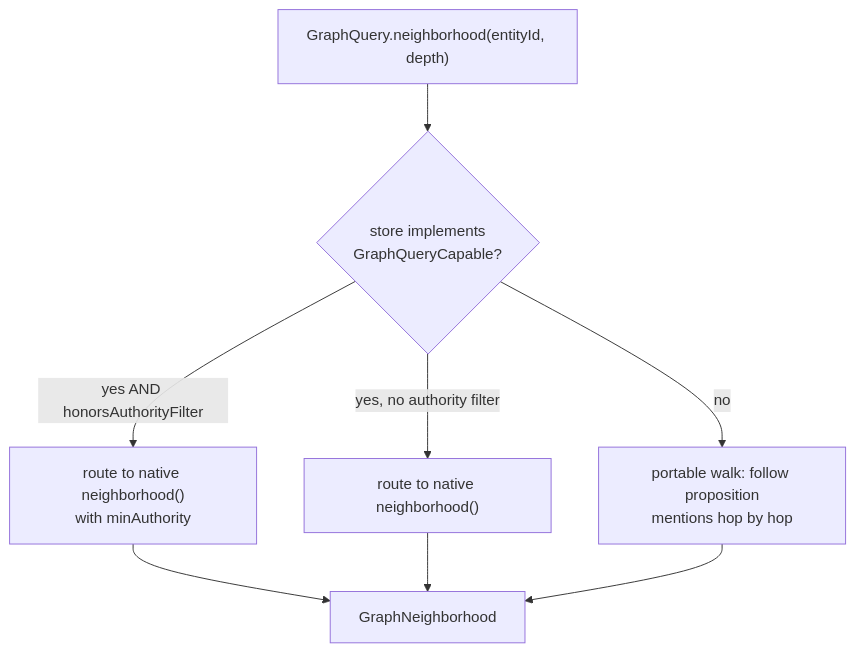
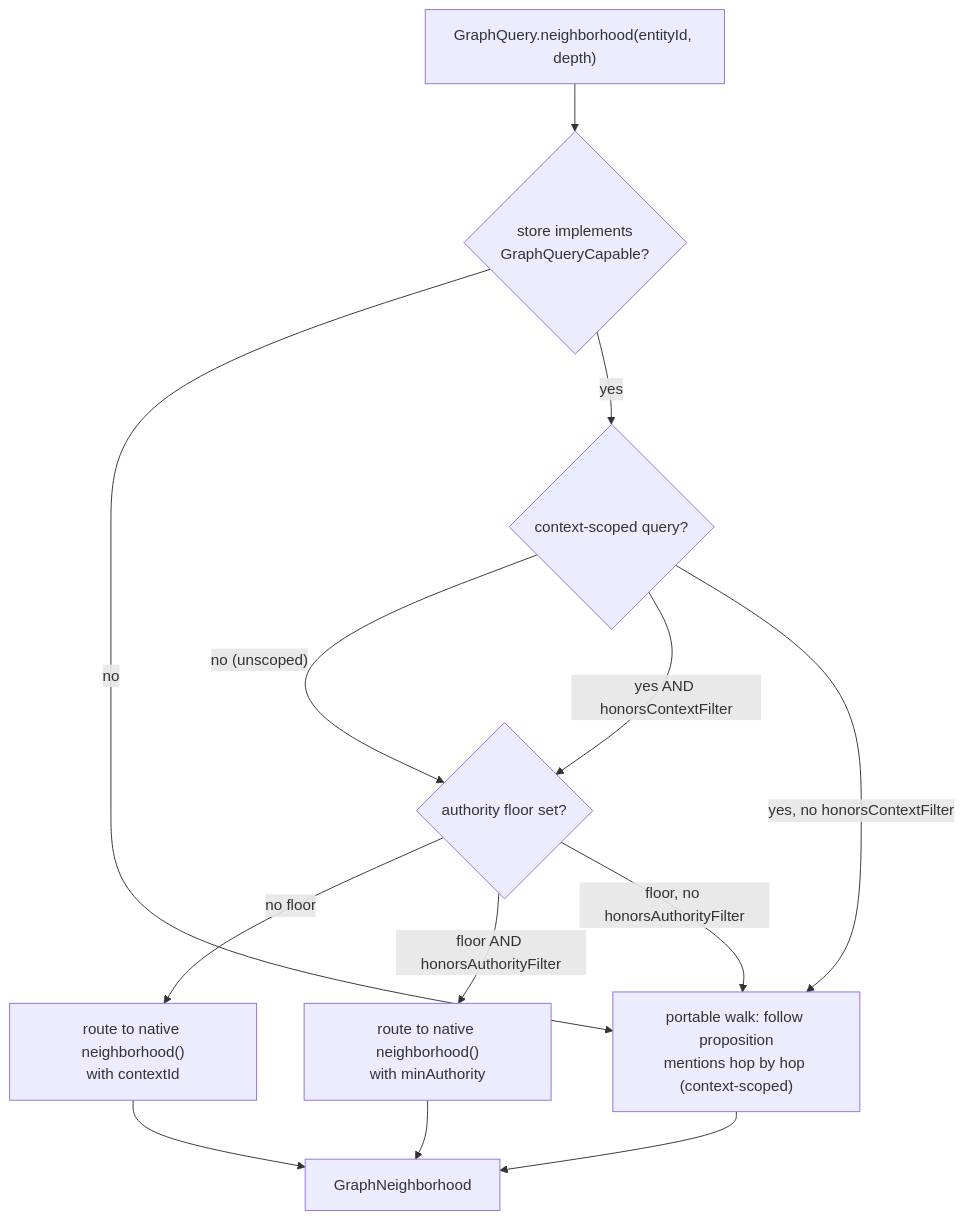
The second of 7 diagrams in docs/design/retrieval-and-discovery.md (embabel/dice), drawn with Mermaid before and after one commit. The commit also changed other lines of this file and 19 other files, not shown here.

````diff
--- a/docs/design/retrieval-and-discovery.md
+++ b/docs/design/retrieval-and-discovery.md
@@ -77,10 +83,15 @@
 ```mermaid
 flowchart TD
     GQ["GraphQuery.neighborhood(entityId, depth)"] --> CAP{"store implements<br/>GraphQueryCapable?"}
-    CAP -->|"yes AND honorsAuthorityFilter"| NATIVE["route to native neighborhood()<br/>with minAuthority"]
-    CAP -->|"yes, no authority filter"| NATIVEPLAIN["route to native neighborhood()"]
-    CAP -->|"no"| PORTABLE["portable walk: follow proposition<br/>mentions hop by hop"]
+    CAP -->|"no"| PORTABLE["portable walk: follow proposition<br/>mentions hop by hop (context-scoped)"]
+    CAP -->|"yes"| SCOPE{"context-scoped query?"}
+    SCOPE -->|"no (unscoped)"| AUTH
+    SCOPE -->|"yes AND honorsContextFilter"| AUTH{"authority floor set?"}
+    SCOPE -->|"yes, no honorsContextFilter"| PORTABLE
+    AUTH -->|"no floor"| NATIVEPLAIN["route to native neighborhood()<br/>with contextId"]
+    AUTH -->|"floor AND honorsAuthorityFilter"| NATIVE["route to native neighborhood()<br/>with minAuthority"]
+    AUTH -->|"floor, no honorsAuthorityFilter"| PORTABLE
     NATIVE --> RESULT[GraphNeighborhood]
     NATIVEPLAIN --> RESULT
     PORTABLE --> RESULT
 ```
````
